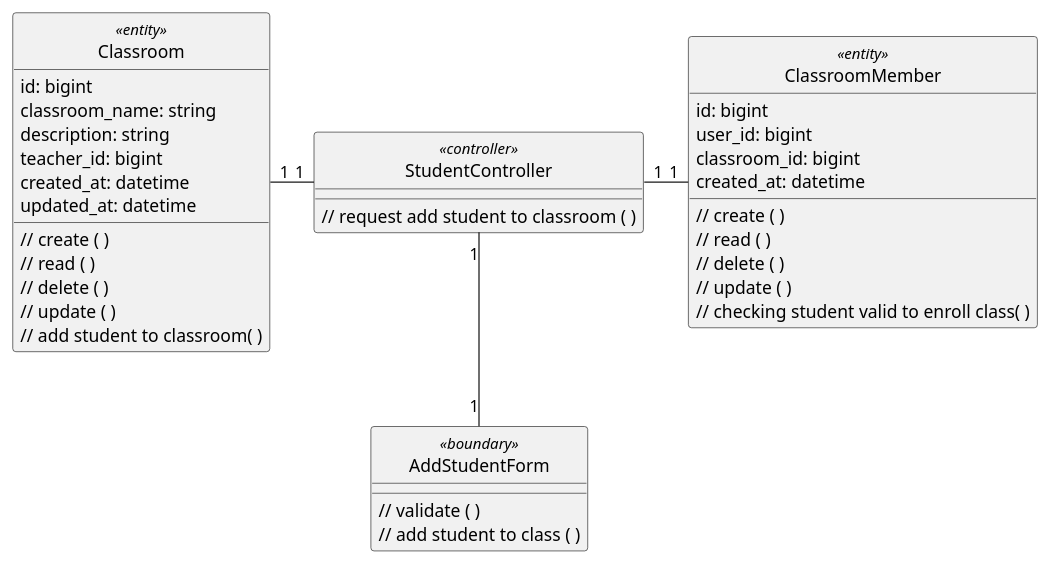
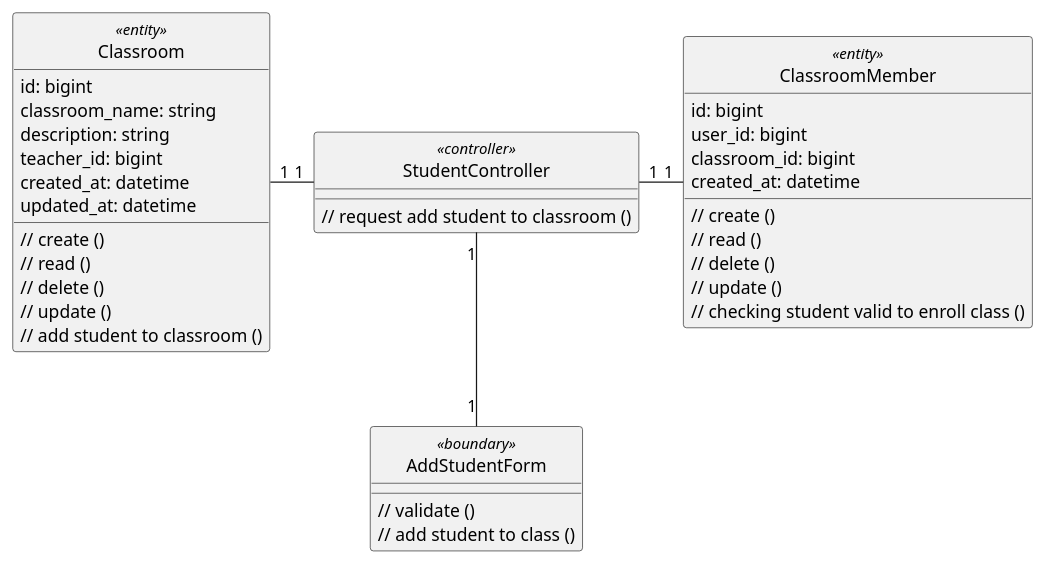
Before and after one commit to anonyhostvn/OOAD-Diagram: the diagram in class - analysis/student/addStudent.plantuml, drawn with PlantUML. The commit also changed 18 other files, not shown here.

```diff
--- a/class - analysis/student/addStudent.plantuml
+++ b/class - analysis/student/addStudent.plantuml
@@ -1,50 +1,50 @@
 @startuml updateClass
 
 class Classroom <<entity>> {
     id: bigint
     classroom_name: string
     description: string
     teacher_id: bigint
     created_at: datetime
     updated_at: datetime
 
-    // create ( )
-    // read ( )
-    // delete ( )
-    // update ( )
-    // add student to classroom( )
+    // create ()
+    // read ()
+    // delete ()
+    // update ()
+    // add student to classroom ()
 }
 
 class ClassroomMember <<entity>> {
     id: bigint
     user_id: bigint
     classroom_id: bigint
     created_at: datetime
 
-    // create ( )
-    // read ( )
-    // delete ( )
-    // update ( )
-    // checking student valid to enroll class( )
+    // create ()
+    // read ()
+    // delete ()
+    // update ()
+    // checking student valid to enroll class ()
 }
 
 class AddStudentForm <<boundary>> {
-    // validate ( )
-    // add student to class ( )
+    // validate ()
+    // add student to class ()
 }
 
 class StudentController <<controller>> {
-    // request add student to classroom ( )
+    // request add student to classroom ()
 }
 
 hide Classroom <<entity>> circle
 hide AddStudentForm <<boundary>> circle
 hide StudentController <<controller>> circle
 
 StudentController "1" -left- "1" Classroom
 StudentController "1" -right- "1" ClassroomMember
 StudentController "1" -down- "1" AddStudentForm
 
 
 
 @enduml
```
